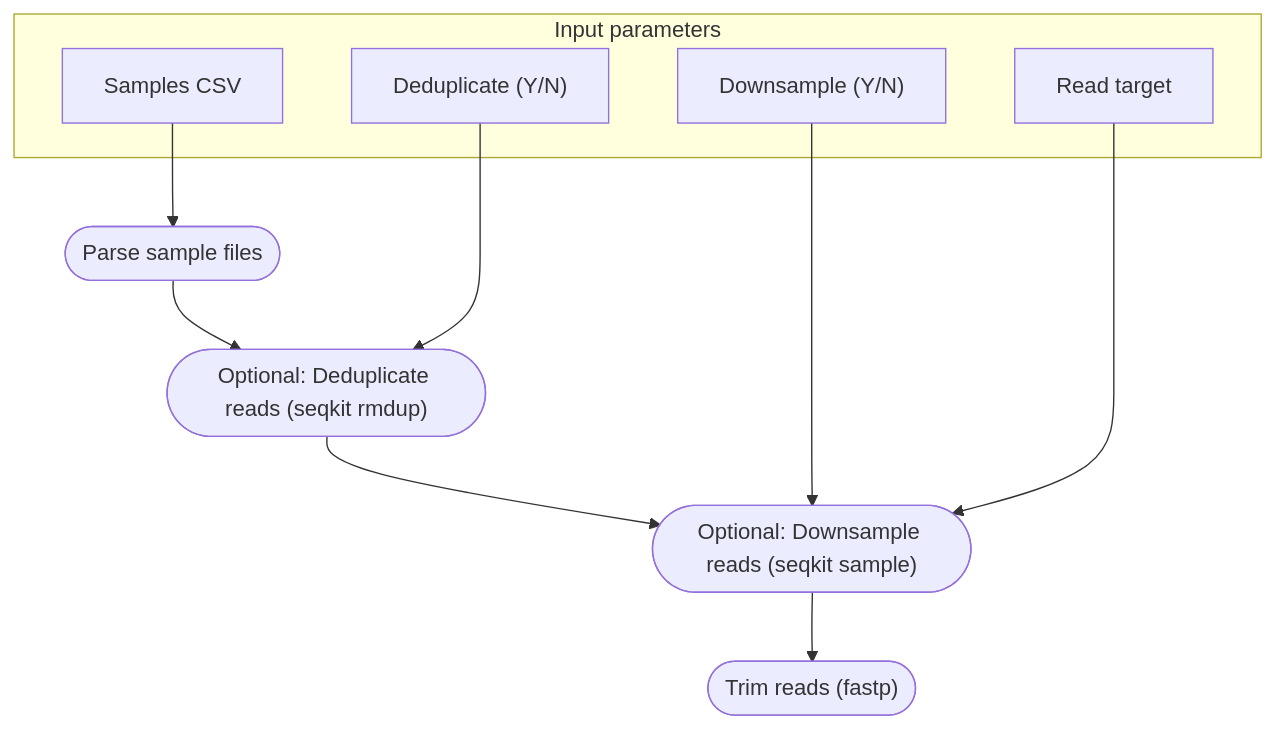
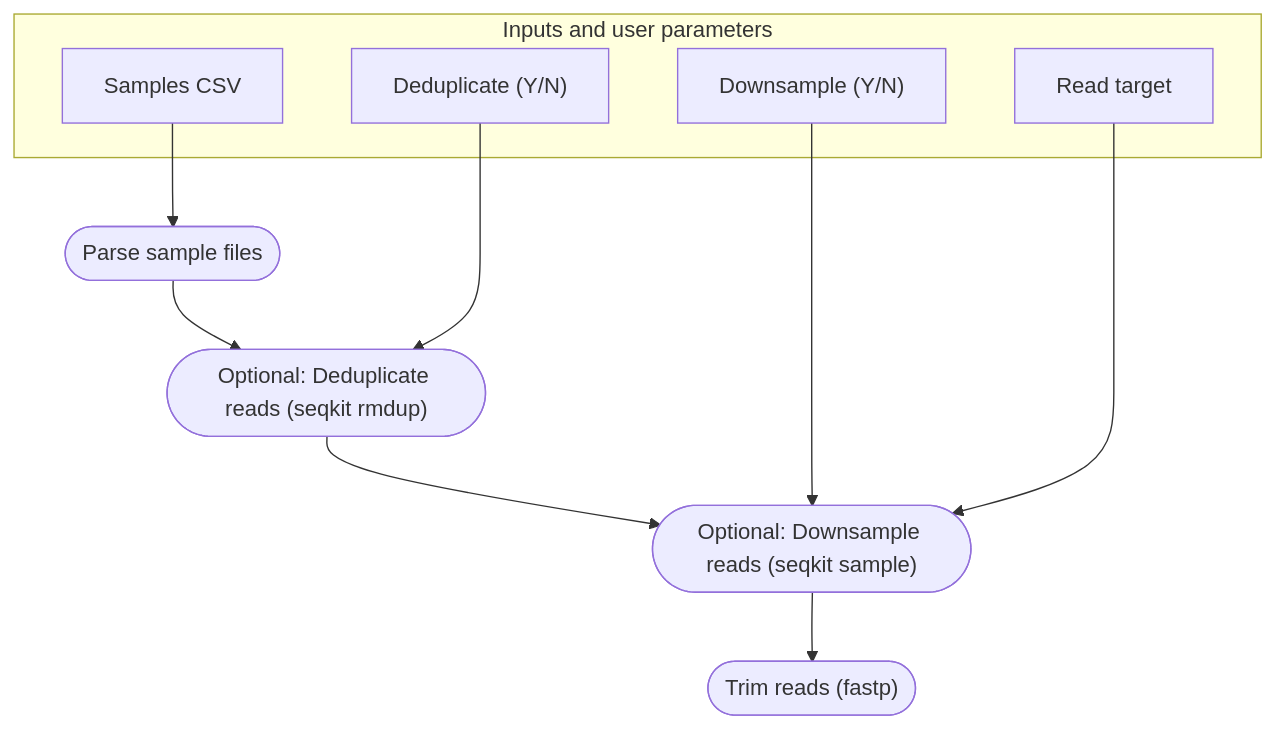
Before and after one commit to EcoEvoGenomics/genotyping_pipeline: the first of 3 diagrams in README.md, drawn with Mermaid. The commit also changed other lines of this file, not shown here.

Commit message:
README.md: Update mermaid diagrams

````diff
--- a/README.md
+++ b/README.md
@@ -72,20 +72,20 @@
 ```mermaid
 flowchart TB
-   subgraph "Input parameters"
+   subgraph "Inputs and user parameters"
    v7["Downsample (Y/N)"]
    v4["Deduplicate (Y/N)"]
    v9["Read target"]
    v0["Samples CSV"]
    end
    v2(["Parse sample files"])
    v5(["Optional: Deduplicate reads (seqkit rmdup)"])
    v8(["Optional: Downsample reads (seqkit sample)"])
    v10(["Trim reads (fastp)"])
    v0 --> v2
    v2 --> v5
    v5 --> v8
    v8 --> v10
    v4 --> v5
    v7 --> v8
    v9 --> v8
 ```
````
